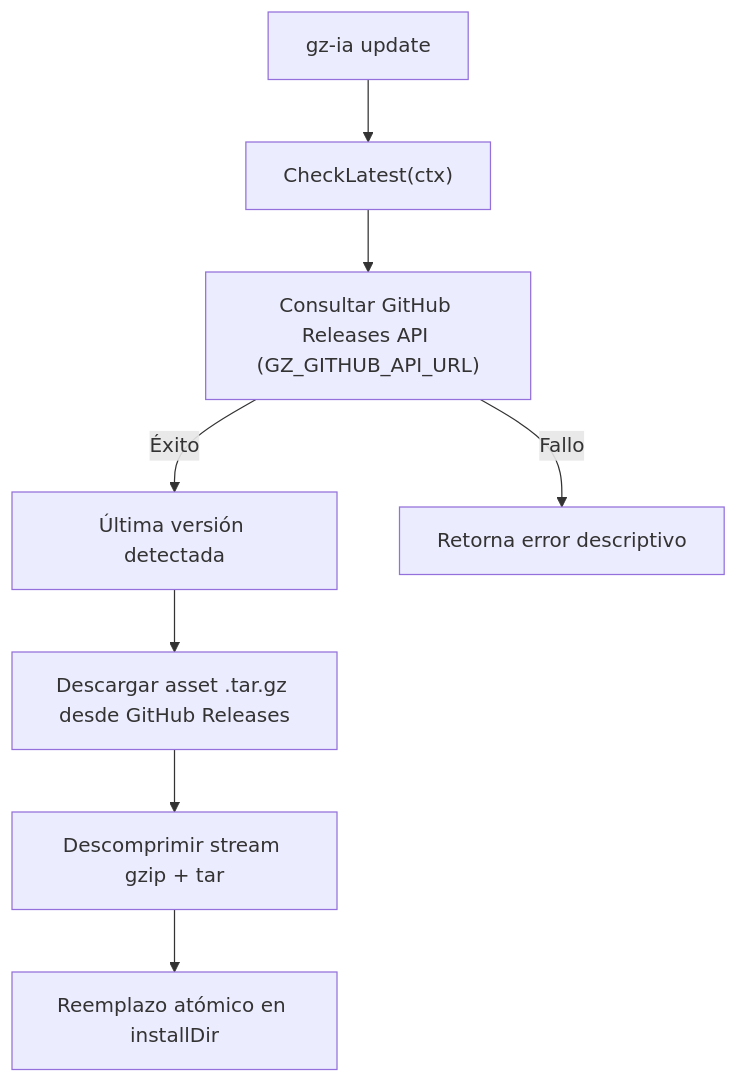
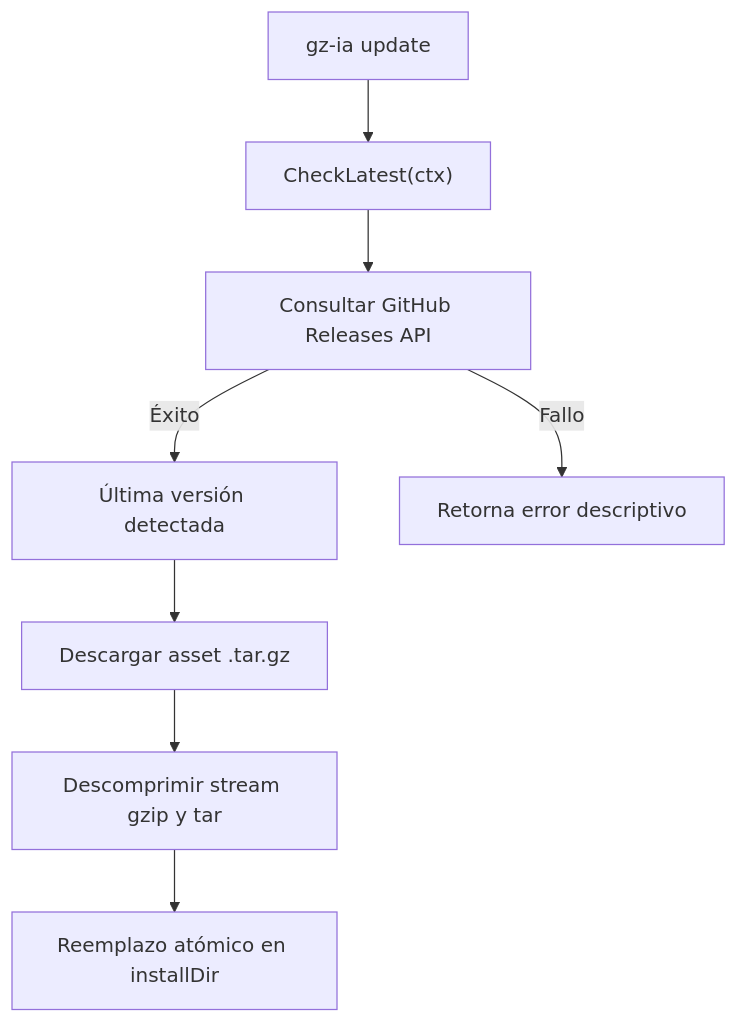
One commit to GountzJs/gountz-ia changed the third of 3 diagrams in docs/architecture/contracts.md. Above: the diagram before and after it, drawn with Mermaid. The commit also changed other lines of this file and 14 other files, not shown here.

````diff
--- a/docs/architecture/contracts.md
+++ b/docs/architecture/contracts.md
@@ -488,11 +431,11 @@
 ```mermaid
 flowchart TD
     Update["gz-ia update"] --> Check["CheckLatest(ctx)"]
-    Check --> GH["Consultar GitHub Releases API (GZ_GITHUB_API_URL)"]
-    GH -->|Éxito| Found["Última versión detectada"]
-    GH -->|Fallo| Err["Retorna error descriptivo"]
+    Check --> GH["Consultar GitHub Releases API"]
+    GH -->|"Éxito"| Found["Última versión detectada"]
+    GH -->|"Fallo"| Err["Retorna error descriptivo"]
     
-    Found --> Download["Descargar asset .tar.gz desde GitHub Releases"]
-    Download --> Stream["Descomprimir stream gzip + tar"]
+    Found --> Download["Descargar asset .tar.gz"]
+    Download --> Stream["Descomprimir stream gzip y tar"]
     Stream --> Replace["Reemplazo atómico en installDir"]
 ```
````
